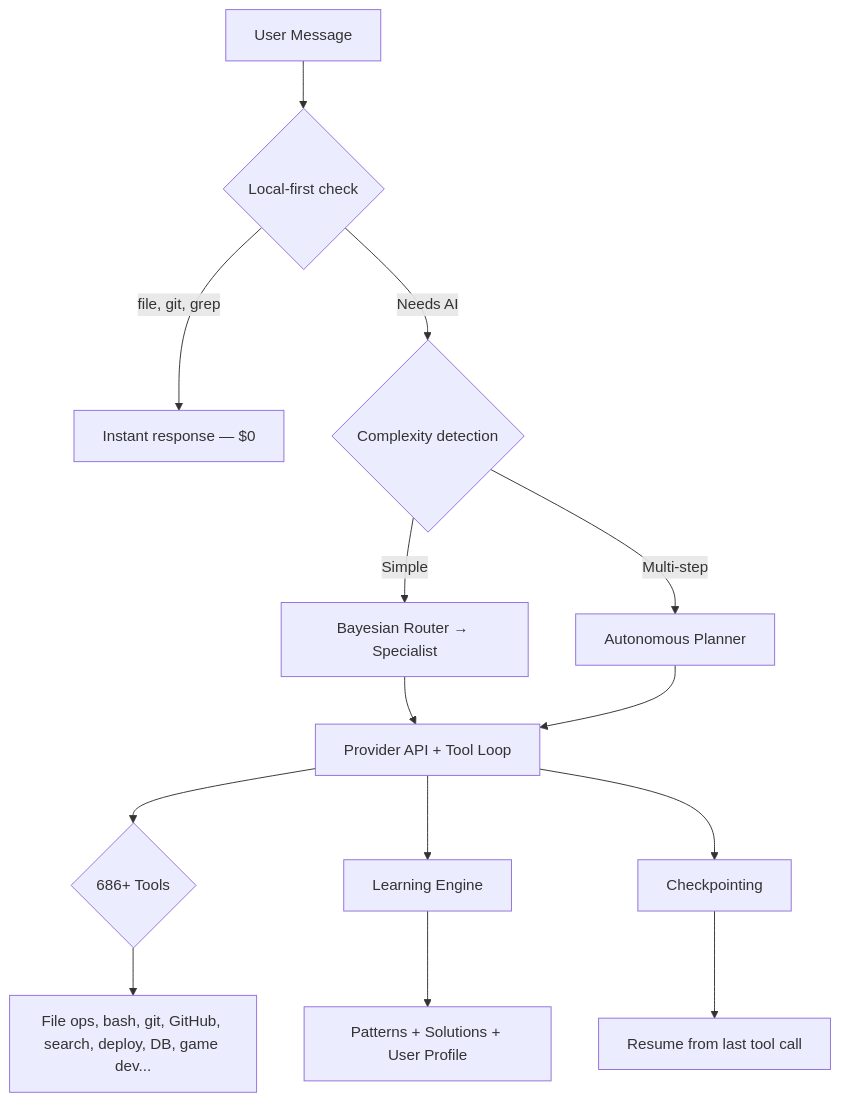
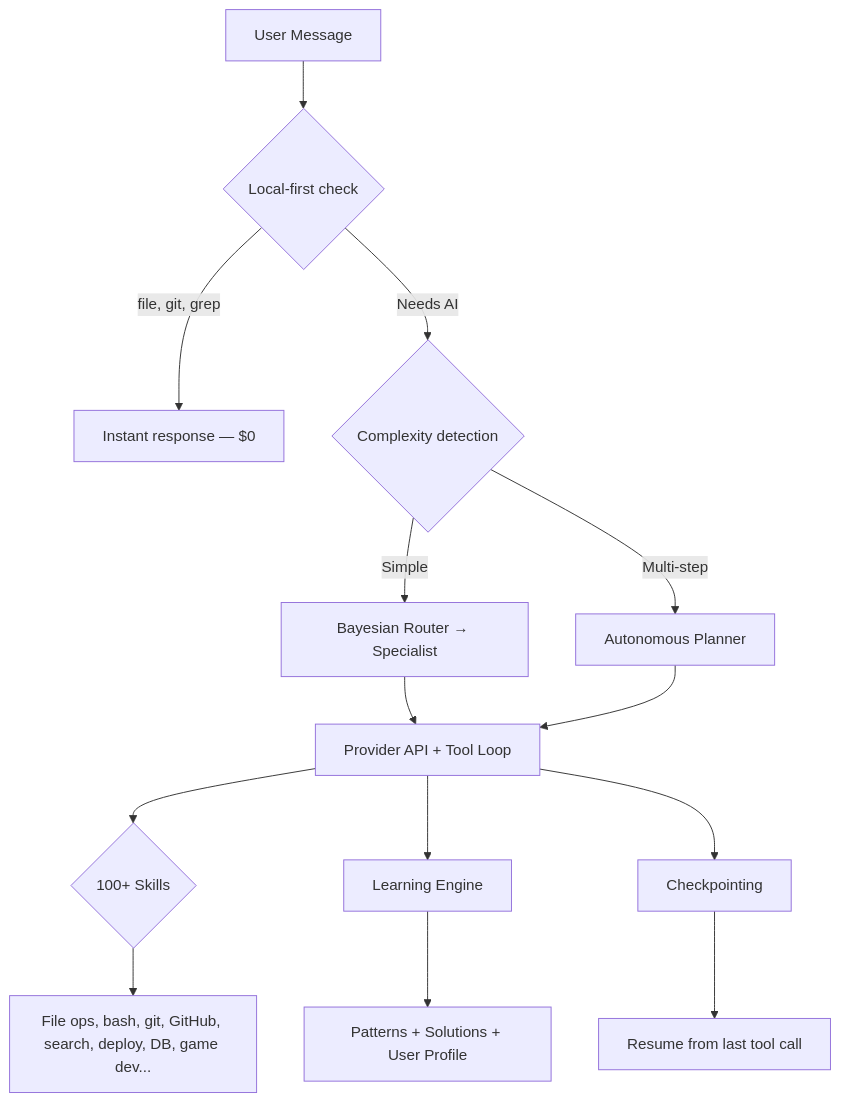
Before and after one commit to isaacsight/kernel: the diagram in packages/kbot/README.md, drawn with Mermaid. The commit also changed other lines of this file and 38 other files, not shown here.

````diff
--- a/packages/kbot/README.md
+++ b/packages/kbot/README.md
@@ -314,16 +317,16 @@
 ```mermaid
 graph TD
     A[User Message] --> B{Local-first check}
     B -->|file, git, grep| C[Instant response — $0]
     B -->|Needs AI| D{Complexity detection}
     D -->|Simple| E[Bayesian Router → Specialist]
     D -->|Multi-step| F[Autonomous Planner]
     E --> G[Provider API + Tool Loop]
     F --> G
-    G --> H{686+ Tools}
+    G --> H{100+ Skills}
     H --> I[File ops, bash, git, GitHub, search, deploy, DB, game dev...]
     G --> J[Learning Engine]
     J --> K[Patterns + Solutions + User Profile]
     G --> L[Checkpointing]
     L --> M[Resume from last tool call]
 ```
````
